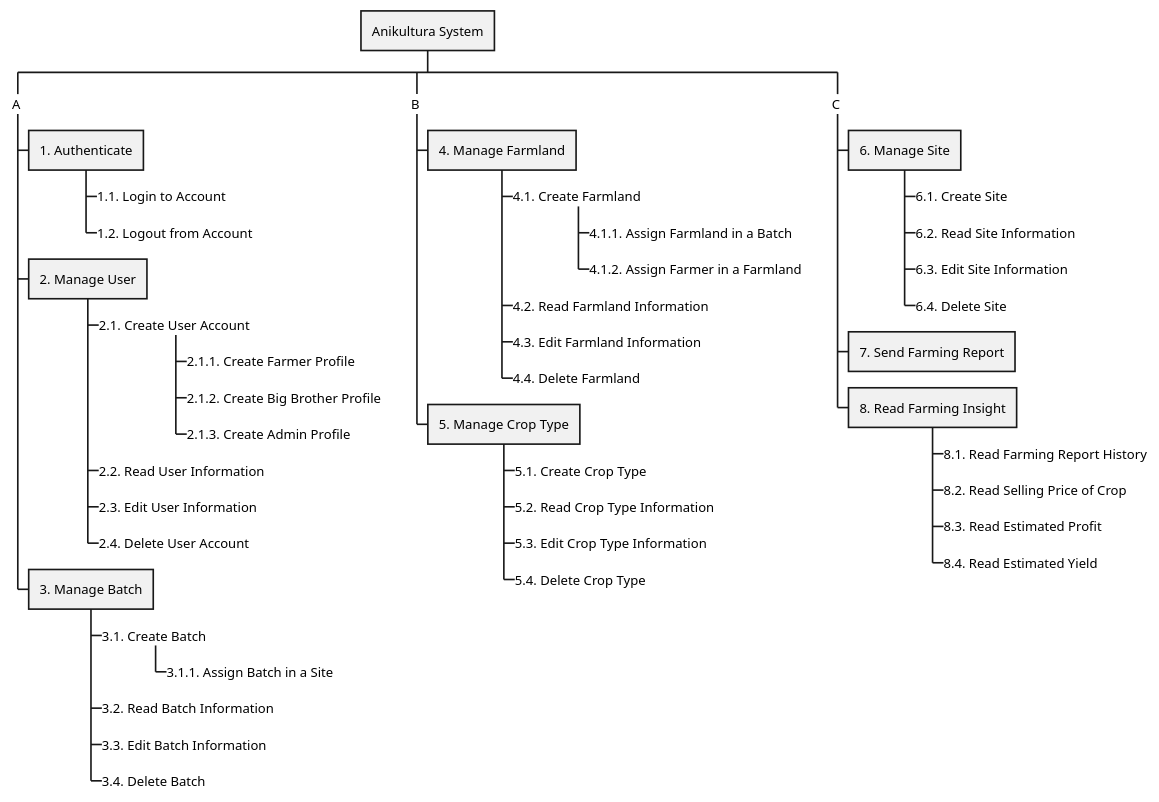
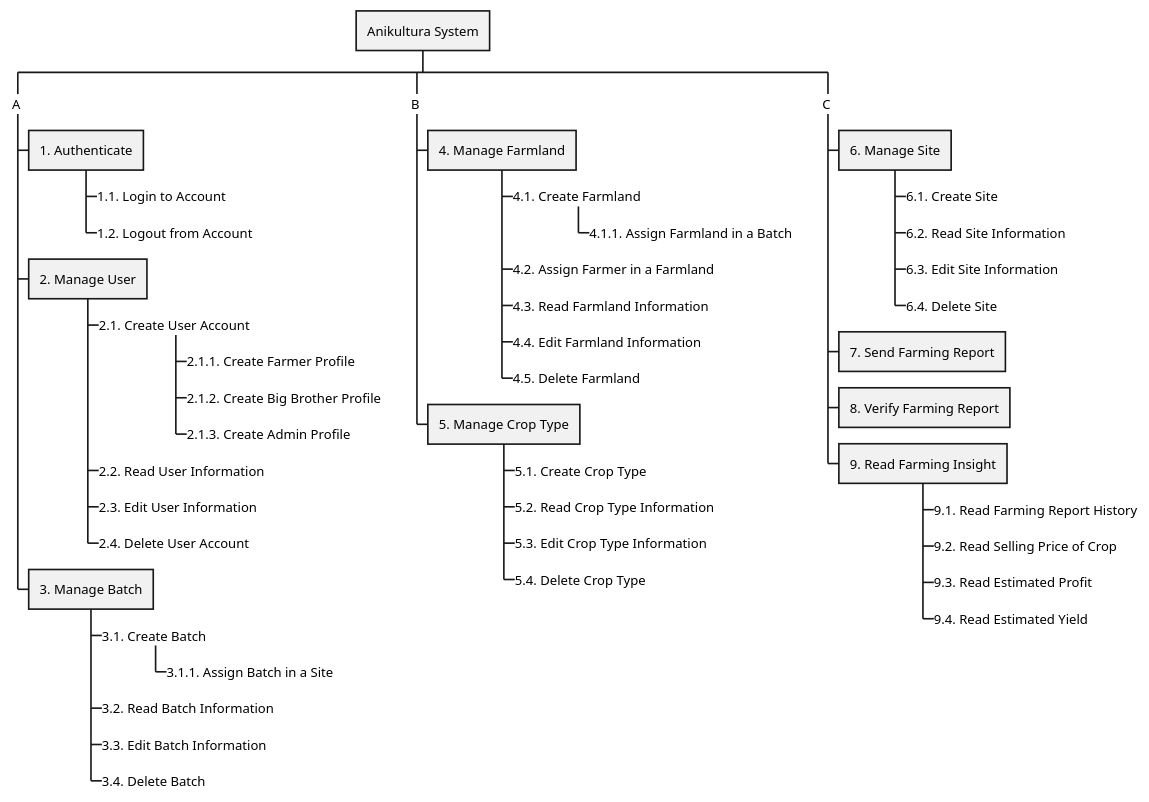
Before and after one commit to radical-doubting/anikultura-diagrams: the diagram in plantuml/proposed/fdd.wsd, drawn with PlantUML. The commit also changed 6 other files, not shown here.

Commit message:
Updated usecase and activity diagrams

```diff
--- a/plantuml/proposed/fdd.wsd
+++ b/plantuml/proposed/fdd.wsd
@@ -1,59 +1,61 @@
 @startwbs
 
 * Anikultura System
 
 **_ A
 
 *** 1. Authenticate
 ****_ 1.1. Login to Account
 ****_ 1.2. Logout from Account
 
 *** 2. Manage User
 ****_ 2.1. Create User Account
 *****_ 2.1.1. Create Farmer Profile
 *****_ 2.1.2. Create Big Brother Profile
 *****_ 2.1.3. Create Admin Profile
 ****_ 2.2. Read User Information
 ****_ 2.3. Edit User Information
 ****_ 2.4. Delete User Account
 
 *** 3. Manage Batch
 ****_ 3.1. Create Batch
 *****_ 3.1.1. Assign Batch in a Site
 ****_ 3.2. Read Batch Information
 ****_ 3.3. Edit Batch Information
 ****_ 3.4. Delete Batch
 
 **_ B
     
 *** 4. Manage Farmland
 ****_ 4.1. Create Farmland
 *****_ 4.1.1. Assign Farmland in a Batch
-*****_ 4.1.2. Assign Farmer in a Farmland
-****_ 4.2. Read Farmland Information
-****_ 4.3. Edit Farmland Information
-****_ 4.4. Delete Farmland
+****_ 4.2. Assign Farmer in a Farmland
+****_ 4.3. Read Farmland Information
+****_ 4.4. Edit Farmland Information
+****_ 4.5. Delete Farmland
 
 *** 5. Manage Crop Type
 ****_ 5.1. Create Crop Type
 ****_ 5.2. Read Crop Type Information
 ****_ 5.3. Edit Crop Type Information
 ****_ 5.4. Delete Crop Type
 
 **_ C
 
 *** 6. Manage Site
 ****_ 6.1. Create Site
 ****_ 6.2. Read Site Information
 ****_ 6.3. Edit Site Information
 ****_ 6.4. Delete Site
 
 *** 7. Send Farming Report
 
-*** 8. Read Farming Insight
-****_ 8.1. Read Farming Report History
-****_ 8.2. Read Selling Price of Crop
-****_ 8.3. Read Estimated Profit
-****_ 8.4. Read Estimated Yield
+*** 8. Verify Farming Report
+
+*** 9. Read Farming Insight
+****_ 9.1. Read Farming Report History
+****_ 9.2. Read Selling Price of Crop
+****_ 9.3. Read Estimated Profit
+****_ 9.4. Read Estimated Yield
 
 @endwbs
```
